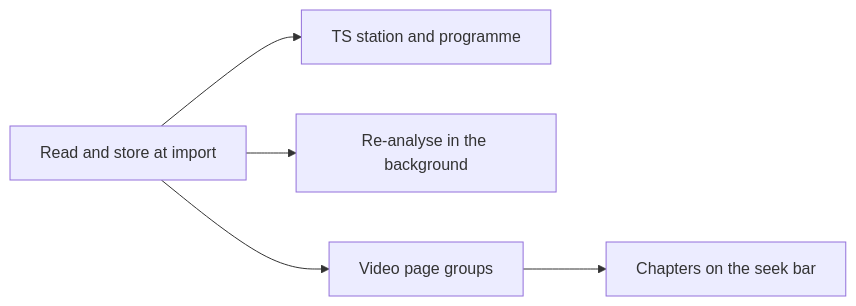
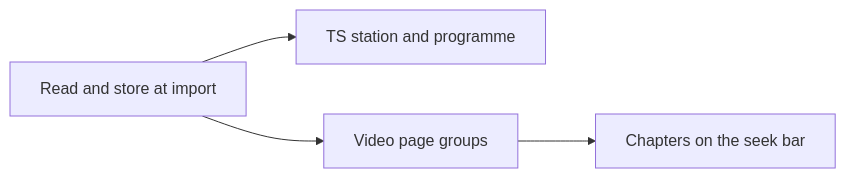
One commit to syudead/vv changed the second of 2 diagrams in specs/056-media-info/plan.md. Above: the diagram before and after it, drawn with Mermaid. The commit also changed other lines of this file and 31 other files, not shown here.

````diff
--- a/specs/056-media-info/plan.md
+++ b/specs/056-media-info/plan.md
@@ -177,7 +164,6 @@
 ```mermaid
 flowchart LR
   read[Read and store at import] --> ts[TS station and programme]
-  read --> backfill[Re-analyse in the background]
   read --> page[Video page groups]
   page --> chapters[Chapters on the seek bar]
 ```
````
